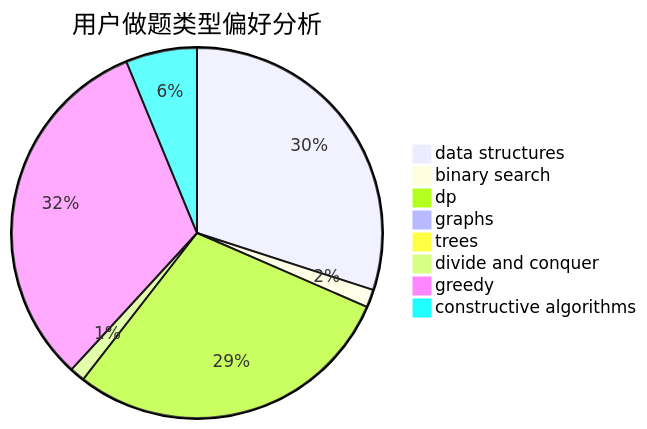
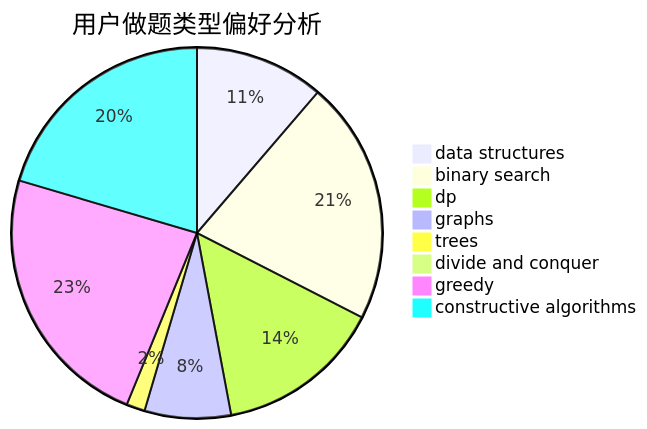
Before and after one commit to sherpahu/cfrs.github.io: the second of 3 diagrams in docs/user/u1895.md, drawn with Mermaid. The commit also changed other lines of this file and 2770 other files, not shown here.

````diff
--- a/docs/user/u1895.md
+++ b/docs/user/u1895.md
@@ -23,11 +23,11 @@
 ```mermaid
 pie title 用户做题类型偏好分析
-    "data structures" :  366
-    "binary search" :  19
-    "dp" :  354
-    "graphs" :  4
-    "trees" :  8
-    "divide and conquer" :  16
-    "greedy" :  390
+    "data structures" :  42
+    "binary search" :  79
+    "dp" :  54
+    "graphs" :  28
+    "trees" :  6
+    "divide and conquer" :  1
+    "greedy" :  87
     "constructive algorithms" :  76
 ```
````
